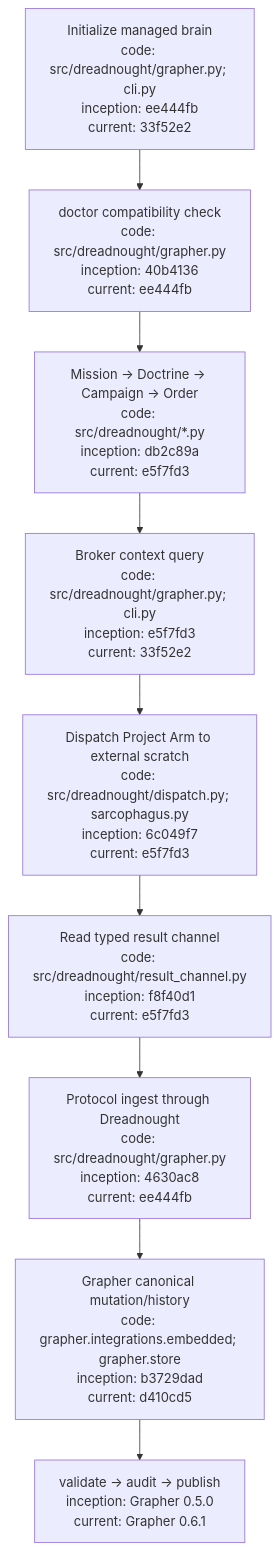
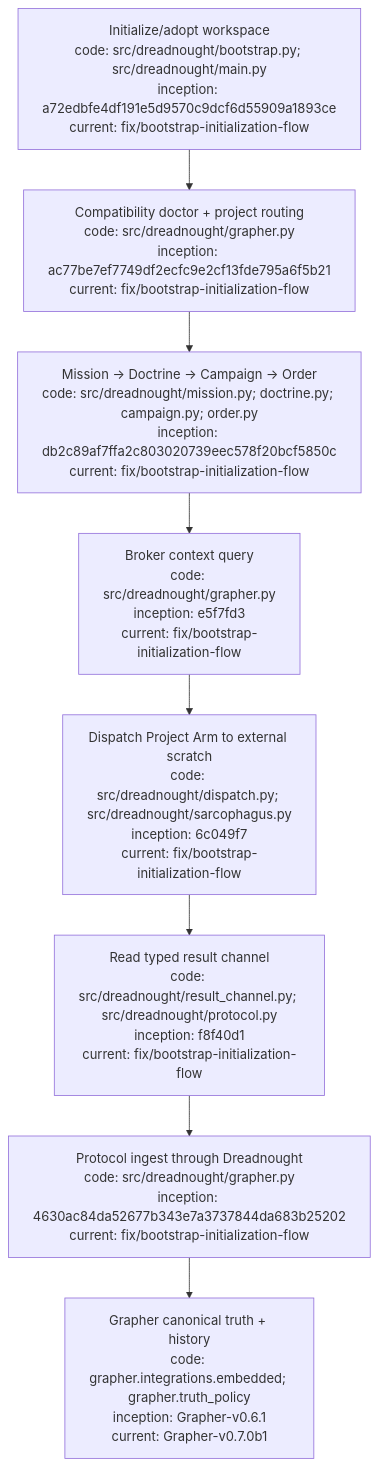
Before and after one commit to seanbman/dreadnought: the second of 2 diagrams in docs/PROJECT_EXECUTION_TUTORIAL.md, drawn with Mermaid. The commit also changed other lines of this file, not shown here.

Commit message:
docs: update execution tutorial for workspace bootstrap

````diff
--- a/docs/PROJECT_EXECUTION_TUTORIAL.md
+++ b/docs/PROJECT_EXECUTION_TUTORIAL.md
@@ -335,11 +277,10 @@
 ```mermaid
 flowchart TD
-    I["Initialize managed brain\ncode: src/dreadnought/grapher.py; cli.py\ninception: ee444fb\ncurrent: 33f52e2"] --> D["doctor compatibility check\ncode: src/dreadnought/grapher.py\ninception: 40b4136\ncurrent: ee444fb"]
-    D --> M["Mission → Doctrine → Campaign → Order\ncode: src/dreadnought/*.py\ninception: db2c89a\ncurrent: e5f7fd3"]
-    M --> Q["Broker context query\ncode: src/dreadnought/grapher.py; cli.py\ninception: e5f7fd3\ncurrent: 33f52e2"]
-    Q --> X["Dispatch Project Arm to external scratch\ncode: src/dreadnought/dispatch.py; sarcophagus.py\ninception: 6c049f7\ncurrent: e5f7fd3"]
-    X --> R["Read typed result channel\ncode: src/dreadnought/result_channel.py\ninception: f8f40d1\ncurrent: e5f7fd3"]
-    R --> P["Protocol ingest through Dreadnought\ncode: src/dreadnought/grapher.py\ninception: 4630ac8\ncurrent: ee444fb"]
-    P --> G["Grapher canonical mutation/history\ncode: grapher.integrations.embedded; grapher.store\ninception: b3729dad\ncurrent: d410cd5"]
-    G --> V["validate → audit → publish\ninception: Grapher 0.5.0\ncurrent: Grapher 0.6.1"]
+    I["Initialize/adopt workspace\ncode: src/dreadnought/bootstrap.py; src/dreadnought/main.py\ninception: a72edbfe4df191e5d9570c9dcf6d55909a1893ce\ncurrent: fix/bootstrap-initialization-flow"] --> D["Compatibility doctor + project routing\ncode: src/dreadnought/grapher.py\ninception: ac77be7ef7749df2ecfc9e2cf13fde795a6f5b21\ncurrent: fix/bootstrap-initialization-flow"]
+    D --> M["Mission → Doctrine → Campaign → Order\ncode: src/dreadnought/mission.py; doctrine.py; campaign.py; order.py\ninception: db2c89af7ffa2c803020739eec578f20bcf5850c\ncurrent: fix/bootstrap-initialization-flow"]
+    M --> Q["Broker context query\ncode: src/dreadnought/grapher.py\ninception: e5f7fd3\ncurrent: fix/bootstrap-initialization-flow"]
+    Q --> X["Dispatch Project Arm to external scratch\ncode: src/dreadnought/dispatch.py; src/dreadnought/sarcophagus.py\ninception: 6c049f7\ncurrent: fix/bootstrap-initialization-flow"]
+    X --> R["Read typed result channel\ncode: src/dreadnought/result_channel.py; src/dreadnought/protocol.py\ninception: f8f40d1\ncurrent: fix/bootstrap-initialization-flow"]
+    R --> P["Protocol ingest through Dreadnought\ncode: src/dreadnought/grapher.py\ninception: 4630ac84da52677b343e7a3737844da683b25202\ncurrent: fix/bootstrap-initialization-flow"]
+    P --> G["Grapher canonical truth + history\ncode: grapher.integrations.embedded; grapher.truth_policy\ninception: Grapher-v0.6.1\ncurrent: Grapher-v0.7.0b1"]
 ```
````
